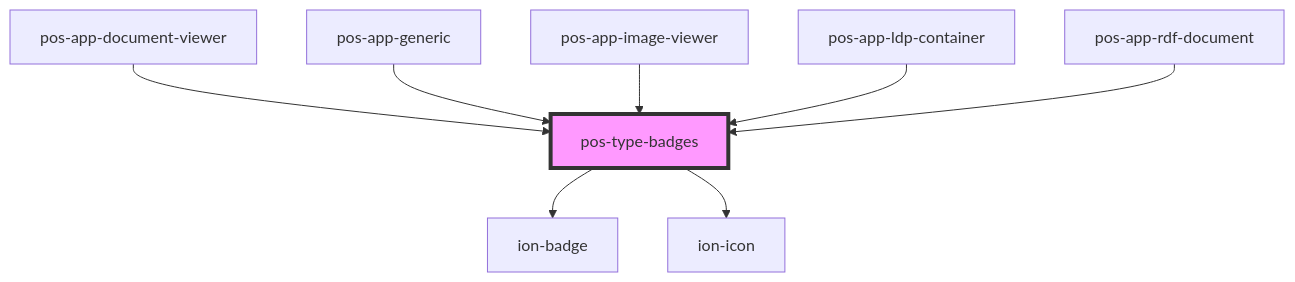
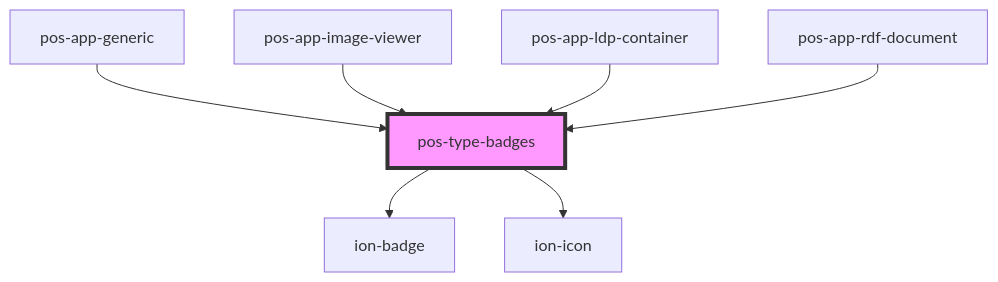
The diagram in docs/elements/components/pos-type-badges/readme.md (pod-os/PodOS), drawn with Mermaid before and after one commit. The commit also changed other lines of this file and 6 other files, not shown here.

````diff
--- a/docs/elements/components/pos-type-badges/readme.md
+++ b/docs/elements/components/pos-type-badges/readme.md
@@ -31,11 +30,10 @@
 ```mermaid
 graph TD;
   pos-type-badges --> ion-badge
   pos-type-badges --> ion-icon
-  pos-app-document-viewer --> pos-type-badges
   pos-app-generic --> pos-type-badges
   pos-app-image-viewer --> pos-type-badges
   pos-app-ldp-container --> pos-type-badges
   pos-app-rdf-document --> pos-type-badges
   style pos-type-badges fill:#f9f,stroke:#333,stroke-width:4px
 ```
````
